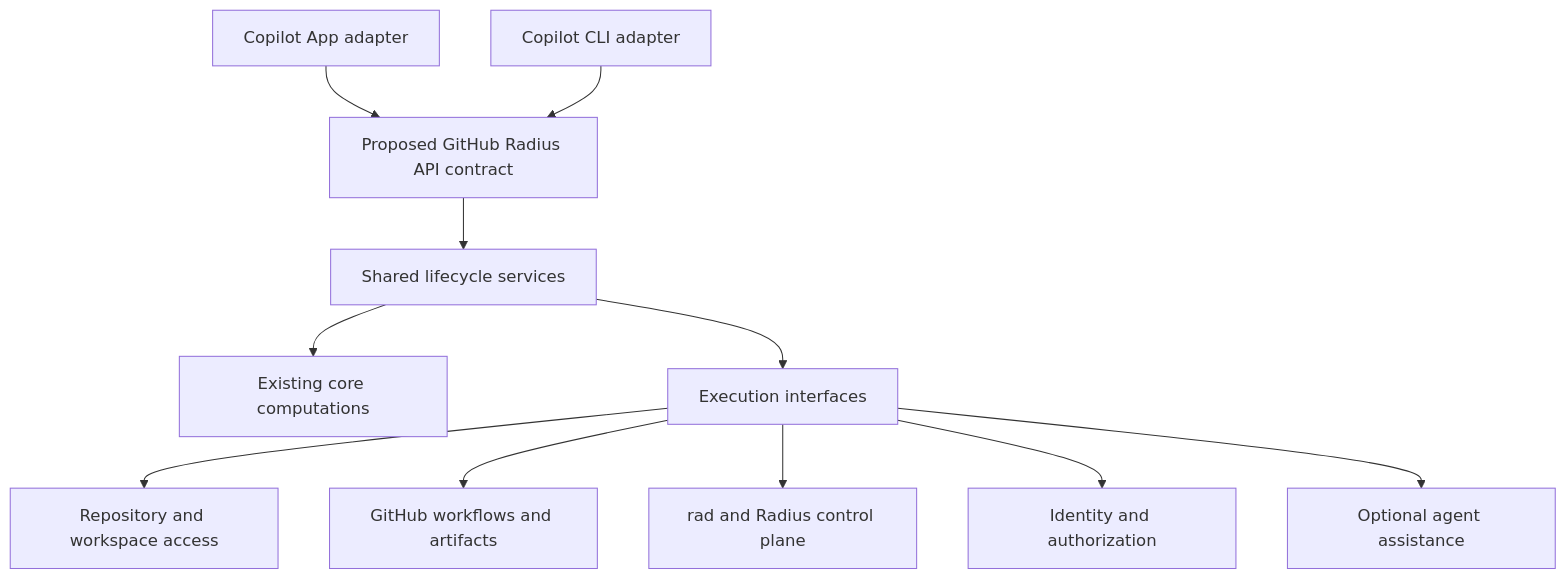
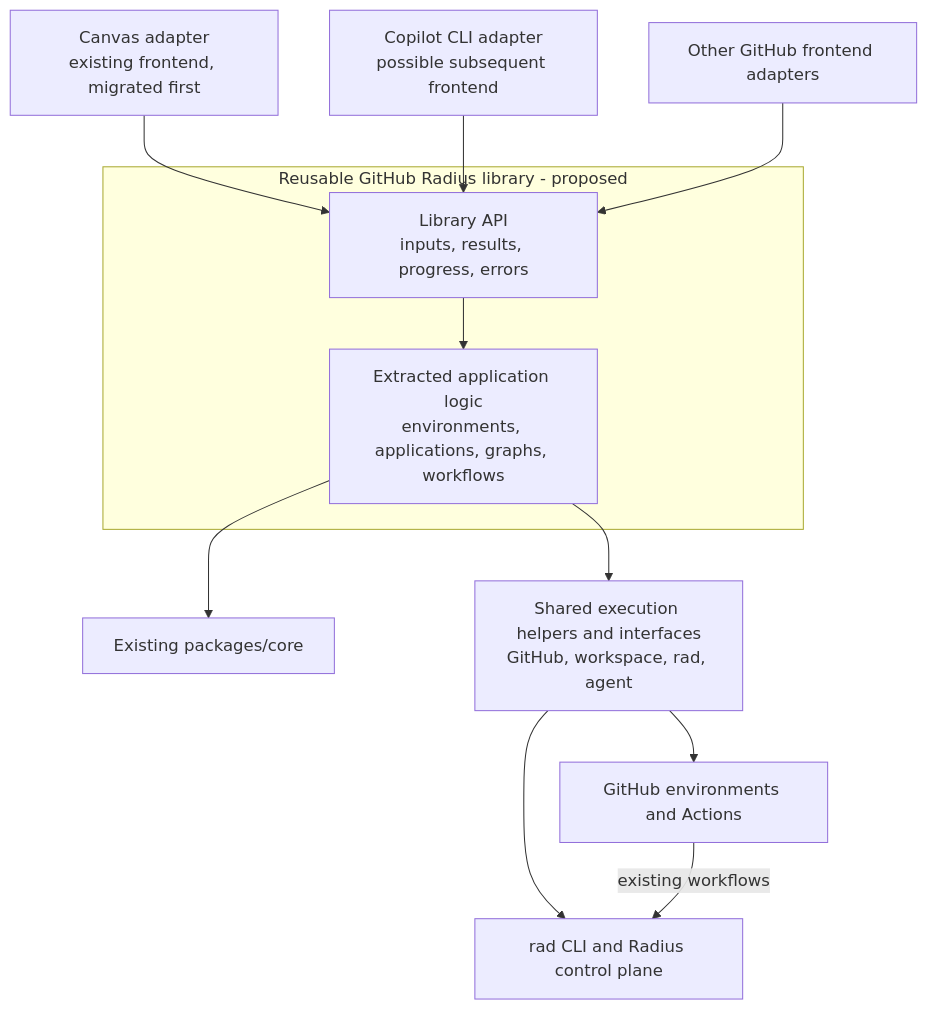
One commit to radius-project/radius changed the second of 4 diagrams in docs/architecture/repo-radius.md. Above: the diagram before and after it, drawn with Mermaid. The commit also changed other lines of this file and 1 other file, not shown here.

Commit message:
docs: reframe GitHub Radius as a reusable library refactor

````diff
--- a/docs/architecture/repo-radius.md
+++ b/docs/architecture/repo-radius.md
@@ -88,24 +89,23 @@
 ```mermaid
 graph TD
-    App["Copilot App adapter"]
-    CLI["Copilot CLI adapter"]
-    Contract["Proposed GitHub Radius API contract"]
-    Services["Shared lifecycle services"]
-    Core["Existing core computations"]
-    Interfaces["Execution interfaces"]
-    Source["Repository and workspace access"]
-    GitHub["GitHub workflows and artifacts"]
-    Rad["rad and Radius control plane"]
-    Identity["Identity and authorization"]
-    Agent["Optional agent assistance"]
-    App --> Contract
-    CLI --> Contract
-    Contract --> Services
-    Services --> Core
-    Services --> Interfaces
-    Interfaces --> Source
-    Interfaces --> GitHub
-    Interfaces --> Rad
-    Interfaces --> Identity
-    Interfaces --> Agent
+    Canvas["Canvas adapter<br/>existing frontend, migrated first"]
+    CLI["Copilot CLI adapter<br/>possible subsequent frontend"]
+    Other["Other GitHub frontend adapters"]
+    subgraph Library["Reusable GitHub Radius library - proposed"]
+        API["Library API<br/>inputs, results, progress, errors"]
+        Logic["Extracted application logic<br/>environments, applications, graphs, workflows"]
+        API --> Logic
+    end
+    Core["Existing packages/core"]
+    Execution["Shared execution helpers and interfaces<br/>GitHub, workspace, rad, agent"]
+    GitHub["GitHub environments and Actions"]
+    Rad["rad CLI and Radius control plane"]
+    Canvas --> API
+    CLI --> API
+    Other --> API
+    Logic --> Core
+    Logic --> Execution
+    Execution --> GitHub
+    Execution --> Rad
+    GitHub -->|"existing workflows"| Rad
 ```
````
